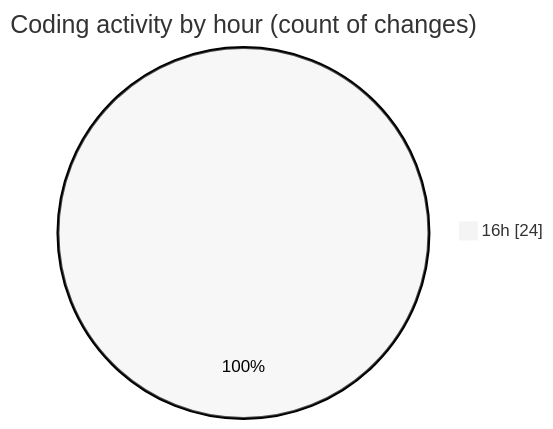
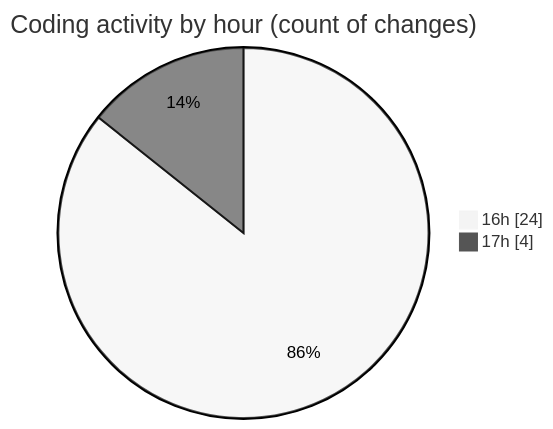
Before and after one commit to donsfak/code-tracking: the second of 2 diagrams in 2025-01-26/trackers_app/README.md, drawn with Mermaid (neutral theme). The commit also changed other lines of this file and 1 other file, not shown here.

````diff
--- a/2025-01-26/trackers_app/README.md
+++ b/2025-01-26/trackers_app/README.md
@@ -32,5 +34,6 @@
 ```mermaid
 pie showData
 title Coding activity by hour (count of changes)
 "16h" : 24
+"17h" : 4
 ```
````
